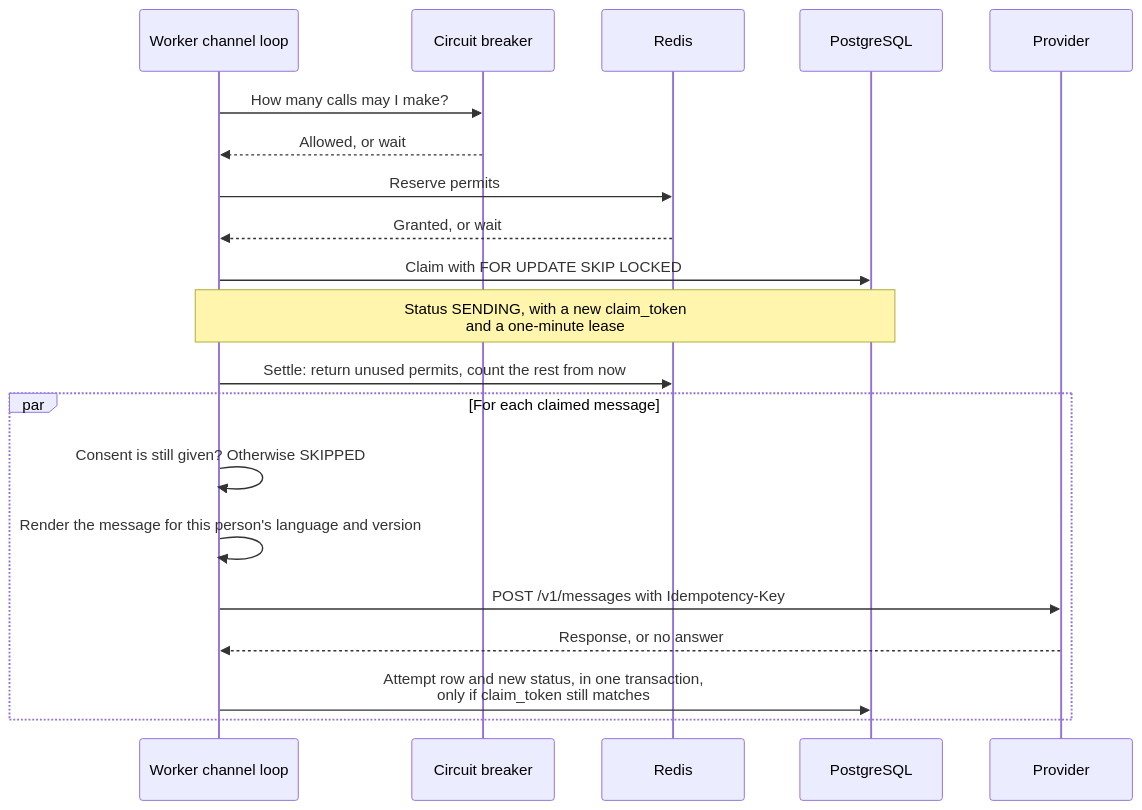
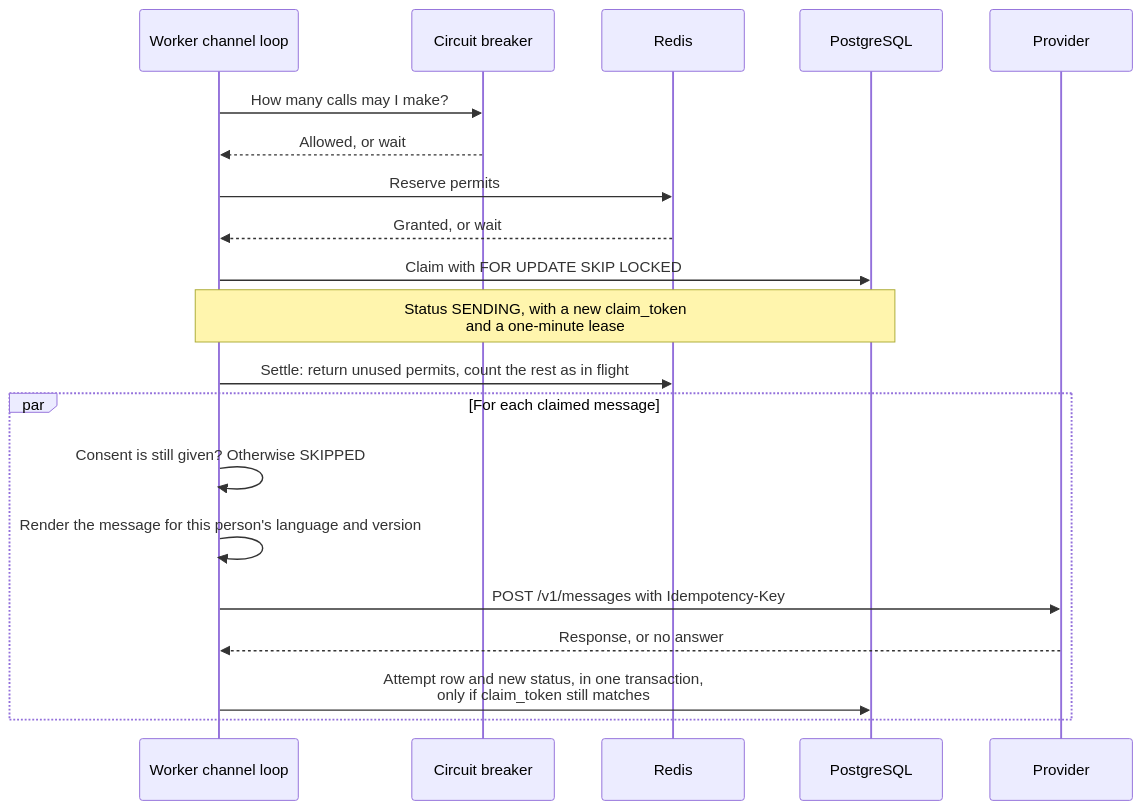
One commit to negativexq/smart-campaign-composer changed the sixth of 13 diagrams in docs/flows.md. Above: the diagram before and after it, drawn with Mermaid. The commit also changed other lines of this file and 63 other files, not shown here.

````diff
--- a/docs/flows.md
+++ b/docs/flows.md
@@ -168,23 +171,23 @@
 ```mermaid
 sequenceDiagram
     participant W as Worker channel loop
     participant B as Circuit breaker
     participant R as Redis
     participant D as PostgreSQL
     participant P as Provider
 
     W->>B: How many calls may I make?
     B-->>W: Allowed, or wait
     W->>R: Reserve permits
     R-->>W: Granted, or wait
     W->>D: Claim with FOR UPDATE SKIP LOCKED
     Note over W,D: Status SENDING, with a new claim_token<br/>and a one-minute lease
-    W->>R: Settle: return unused permits, count the rest from now
+    W->>R: Settle: return unused permits, count the rest as in flight
     par For each claimed message
         W->>W: Consent is still given? Otherwise SKIPPED
         W->>W: Render the message for this person's language and version
         W->>P: POST /v1/messages with Idempotency-Key
         P-->>W: Response, or no answer
         W->>D: Attempt row and new status, in one transaction,<br/>only if claim_token still matches
     end
 ```
````
